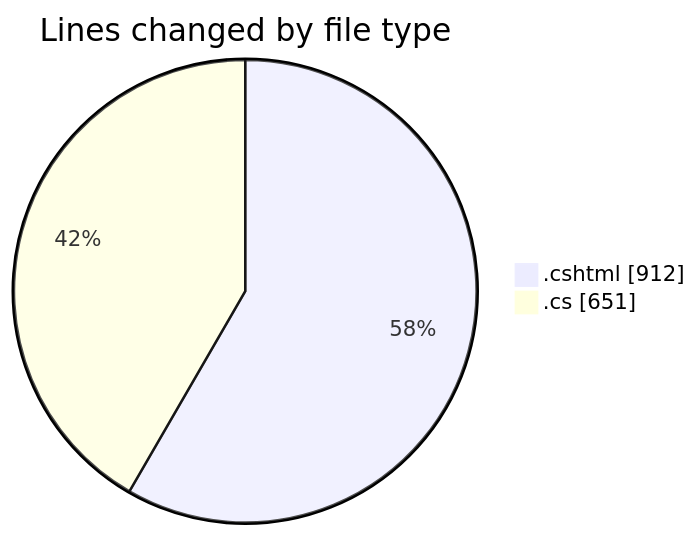
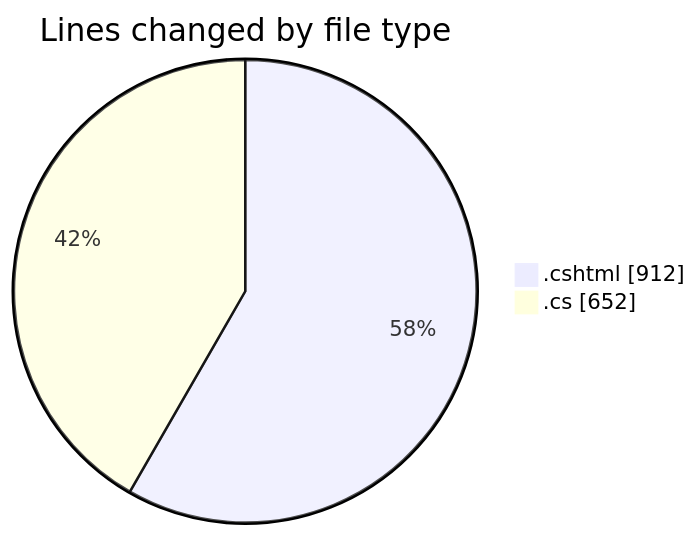
One commit to lephambinh05/code-tracking changed the first of 2 diagrams in 2025-07-17/nhahang/README.md. Above: the diagram before and after it, drawn with Mermaid. The commit also changed other lines of this file and 1 other file, not shown here.

````diff
--- a/2025-07-17/nhahang/README.md
+++ b/2025-07-17/nhahang/README.md
@@ -48,6 +48,6 @@
 ```mermaid
 pie showData
 title Lines changed by file type
 ".cshtml" : 912
-".cs" : 651
+".cs" : 652
 ```
````
